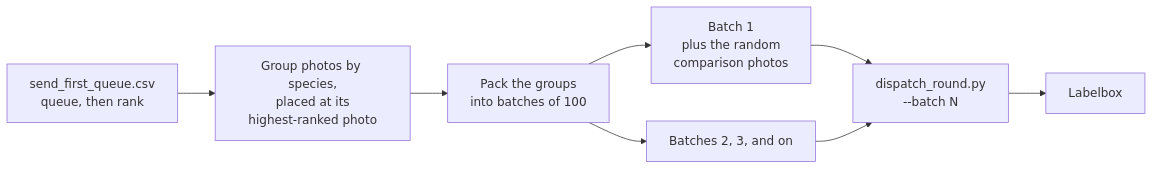
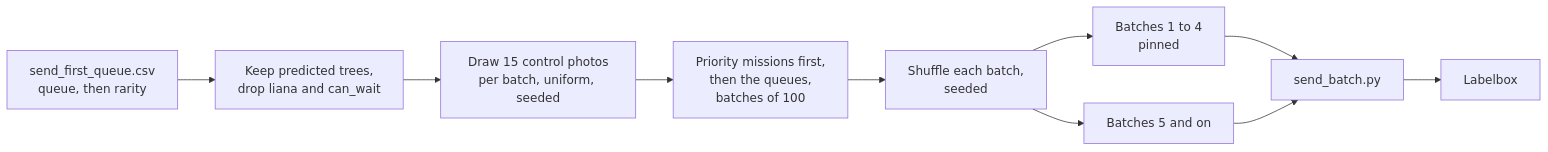
Before and after one commit to traitlab/bci-dashboard: the diagram in diagrams/batches.mmd, drawn with Mermaid. The commit also changed 12 other files, not shown here.

First line of the commit message:
feat(batches): predicted trees only, shuffled rows, PPI++ read-out (#174)

```diff
--- a/diagrams/batches.mmd
+++ b/diagrams/batches.mmd
@@ -1,8 +1,10 @@
 flowchart LR
-    q["send_first_queue.csv<br/>queue, then rank"] --> g["Group photos by species,<br/>placed at its<br/>highest-ranked photo"]
-    g --> p["Pack the groups<br/>into batches of 100"]
-    p --> b1["Batch 1<br/>plus the random<br/>comparison photos"]
-    p --> bn["Batches 2, 3, and on"]
-    b1 --> d["dispatch_round.py<br/>--batch N"]
+    q["send_first_queue.csv<br/>queue, then rarity"] --> t["Keep predicted trees,<br/>drop liana and can_wait"]
+    t --> c["Draw 15 control photos<br/>per batch, uniform, seeded"]
+    c --> p["Priority missions first,<br/>then the queues,<br/>batches of 100"]
+    p --> s["Shuffle each batch,<br/>seeded"]
+    s --> b1["Batches 1 to 4<br/>pinned"]
+    s --> bn["Batches 5 and on"]
+    b1 --> d["send_batch.py"]
     bn --> d
     d --> lb["Labelbox"]
```
